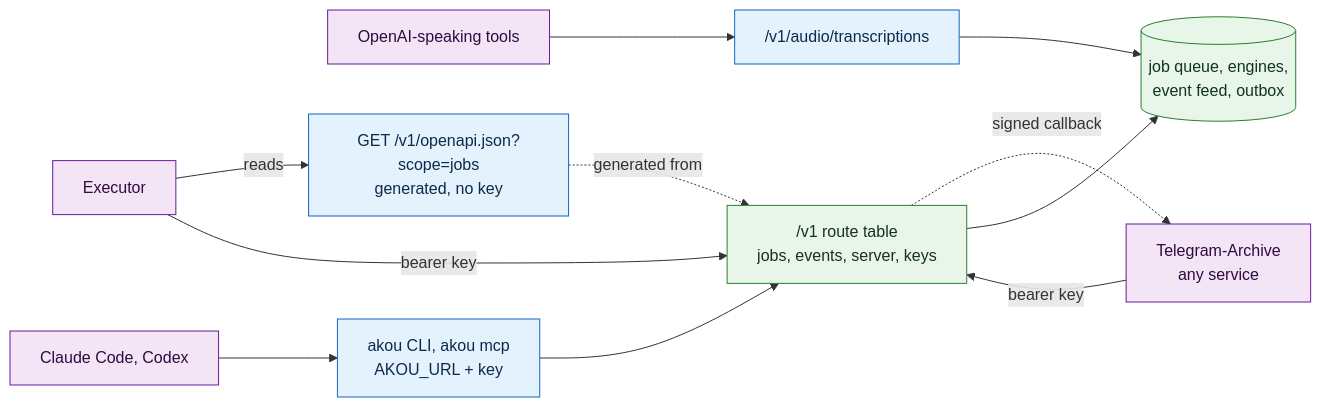
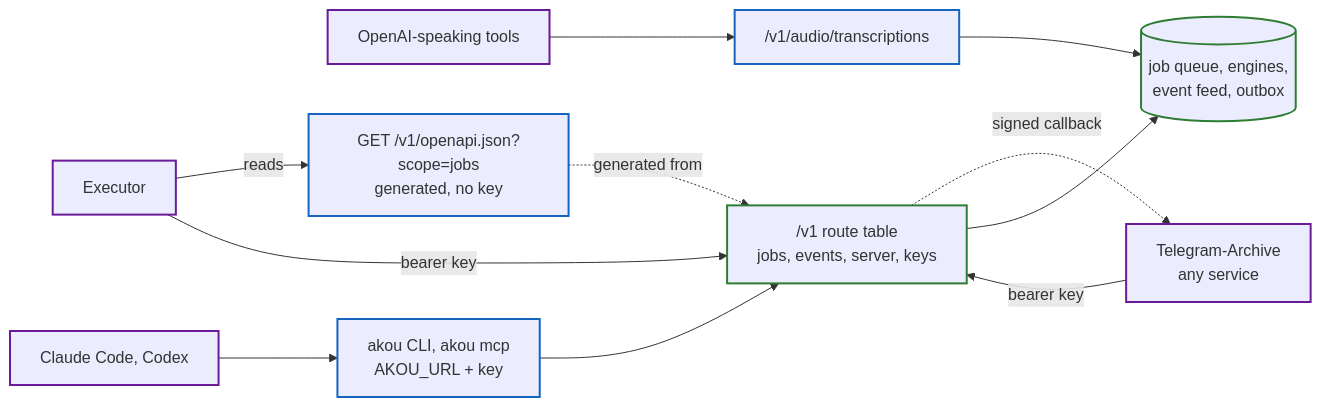
One commit to GeiserX/akou changed the first of 2 diagrams in docs/research/service-interface.md. Above: the diagram before and after it, drawn with Mermaid. The commit also changed 7 other files, not shown here.

First line of the commit message:
docs: make every diagram readable in the dark theme (#230)

````diff
--- a/docs/research/service-interface.md
+++ b/docs/research/service-interface.md
@@ -23,25 +23,25 @@
 ```mermaid
 flowchart LR
-  classDef door fill:#e3f2fd,stroke:#1565c0,color:#0d2a4a
-  classDef core fill:#e8f5e9,stroke:#2e7d32,color:#14321c
-  classDef client fill:#f3e5f5,stroke:#6a1b9a,color:#2e0b40
+  classDef door stroke:#1565c0,stroke-width:2px
+  classDef core stroke:#2e7d32,stroke-width:2px
+  classDef client stroke:#6a1b9a,stroke-width:2px
 
   EX["Executor"]:::client
   TA["Telegram-Archive<br/>any service"]:::client
   AG["Claude Code, Codex"]:::client
   OT["OpenAI-speaking tools"]:::client
   Spec["GET /v1/openapi.json?scope=jobs<br/>generated, no key"]:::door
   CLI["akou CLI, akou mcp<br/>AKOU_URL + key"]:::door
   OAI["/v1/audio/transcriptions"]:::door
   API["/v1 route table<br/>jobs, events, server, keys"]:::core
   Pipe[("job queue, engines,<br/>event feed, outbox")]:::core
 
   EX -->|reads| Spec
   EX -->|bearer key| API
   TA -->|bearer key| API
   API -.->|signed callback| TA
   AG --> CLI --> API
   OT --> OAI --> Pipe
   Spec -.->|generated from| API
   API --> Pipe
 ```
````
